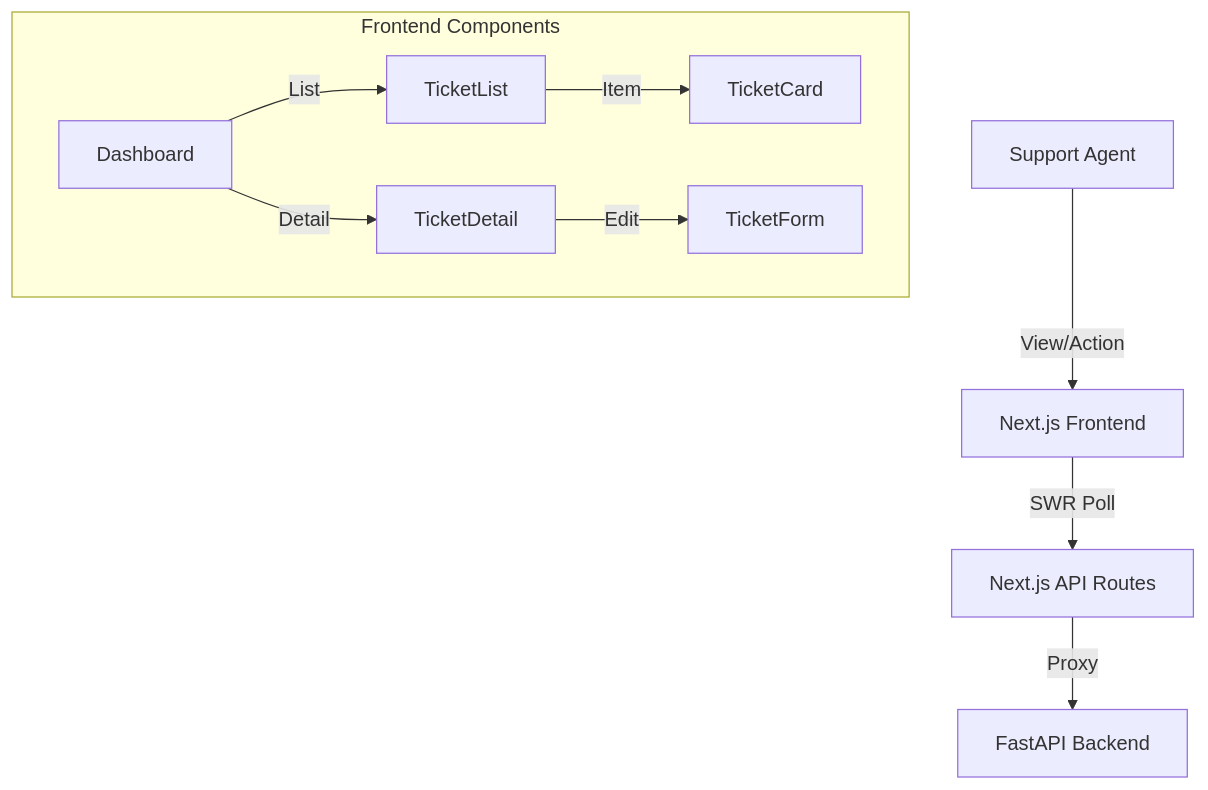
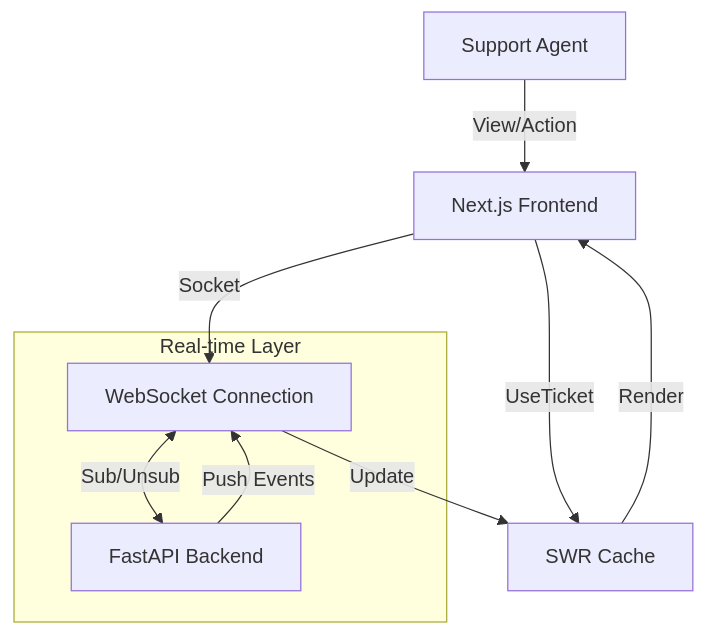
One commit to MangBao/triage-recovery-hub-fe changed the diagram in README.md. Above: the diagram before and after it, drawn with Mermaid. The commit also changed other lines of this file and 14 other files, not shown here.

Commit message:
feat: Implement real-time ticket updates via WebSockets, introduce comprehensive ticket management UI components, and add a global toaster notification system.

````diff
--- a/README.md
+++ b/README.md
@@ -44,13 +44,14 @@
 ```mermaid
 graph TD
     User[Support Agent] -->|View/Action| UI[Next.js Frontend]
-    UI -->|SWR Poll| API[Next.js API Routes]
-    API -->|Proxy| BE[FastAPI Backend]
+    UI -->|UseTicket| SWR[SWR Cache]
+    UI -->|Socket| WS[WebSocket Connection]
 
-    subgraph Frontend Components
-        Dashboard -->|List| TicketList
-        TicketList -->|Item| TicketCard
-        Dashboard -->|Detail| TicketDetail
-        TicketDetail -->|Edit| TicketForm
+    subgraph Real-time Layer
+        WS <-->|Sub/Unsub| BE[FastAPI Backend]
+        BE -->|Push Events| WS
     end
+
+    WS -->|Update| SWR
+    SWR -->|Render| UI
 ```
````
